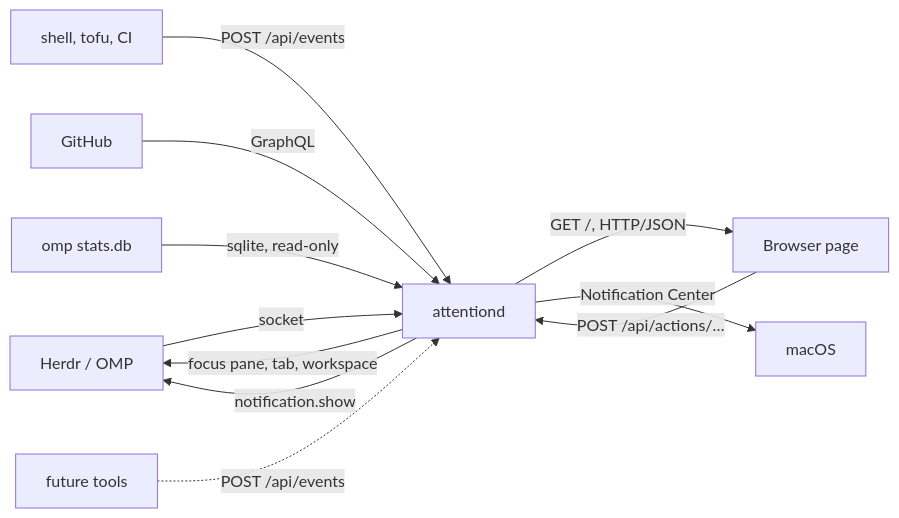
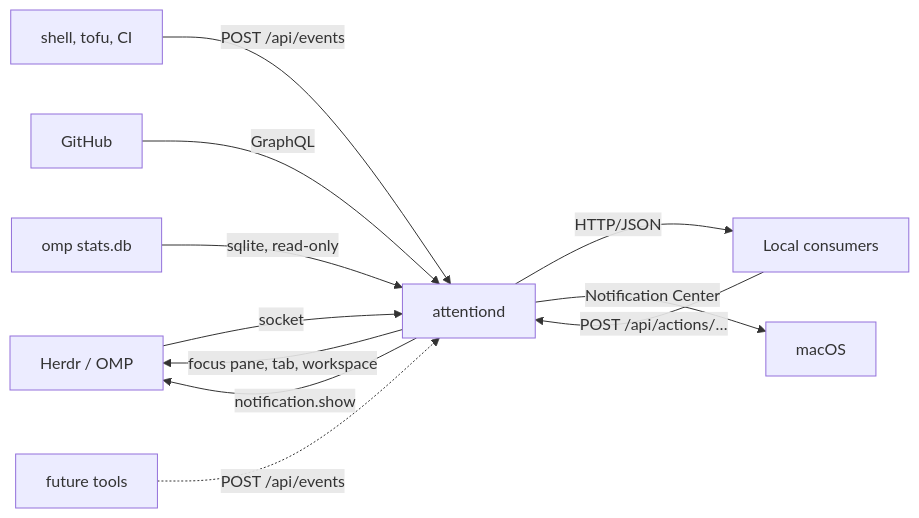
One commit to mach4-braai/attentiond changed the diagram in README.md. Above: the diagram before and after it, drawn with Mermaid. The commit also changed other lines of this file and 31 other files, not shown here.

````diff
--- a/README.md
+++ b/README.md
@@ -8,15 +8,15 @@
 ```mermaid
 flowchart LR
     herdr["Herdr / OMP"] -- "socket" --> attentiond
     shell["shell, tofu, CI"] -- "POST /api/events" --> attentiond
     github["GitHub"] -- "GraphQL" --> attentiond
     omp["omp stats.db"] -- "sqlite, read-only" --> attentiond
     future["future tools"] -. "POST /api/events" .-> attentiond
 
-    attentiond["attentiond"] -- "GET /, HTTP/JSON" --> page["Browser page"]
-    page -- "POST /api/actions/…" --> attentiond
+    attentiond["attentiond"] -- "HTTP/JSON" --> consumer["Local consumers"]
+    consumer -- "POST /api/actions/…" --> attentiond
 
     attentiond -- "focus pane, tab, workspace" --> herdr
     attentiond -- "notification.show" --> herdr
     attentiond -- "Notification Center" --> desktop["macOS"]
 ```
````
